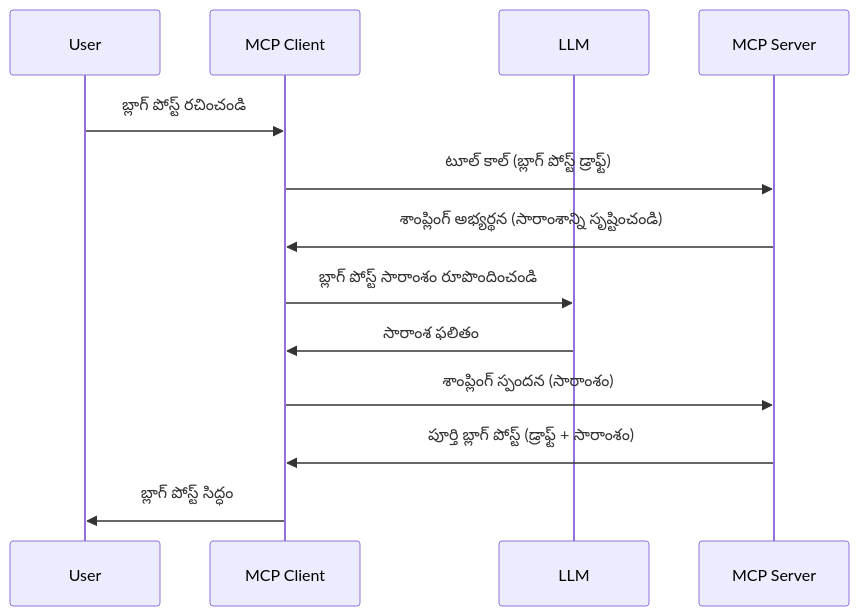
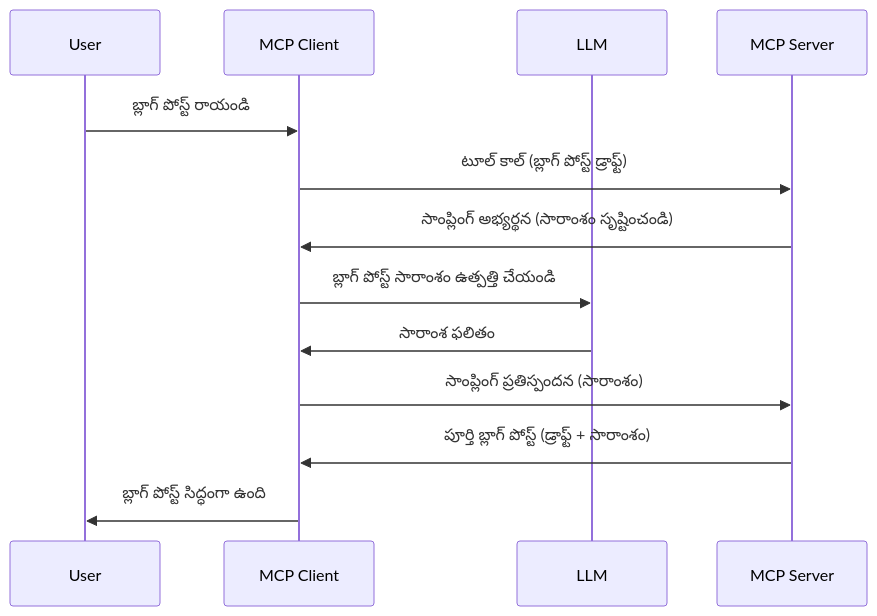
One commit to HIDORAKAI002/ai-workspace-archive changed the diagram in mcp_ecosystem__model_context_protocol/mcp_learning_resources/mcp-for-beginners/translations/te/03-GettingStarted/14-sampling/README.md. Above: the diagram before and after it, drawn with Mermaid. The commit also changed other lines of this file and 1539 other files, not shown here.

````diff
--- a/mcp_ecosystem__model_context_protocol/mcp_learning_resources/mcp-for-beginners/translations/te/03-GettingStarted/14-sampling/README.md
+++ b/mcp_ecosystem__model_context_protocol/mcp_learning_resources/mcp-for-beginners/translations/te/03-GettingStarted/14-sampling/README.md
@@ -23,16 +23,16 @@
 ```mermaid
 sequenceDiagram
     participant User
     participant MCP Client
     participant LLM
     participant MCP Server
 
-    User->>MCP Client: బ్లాగ్ పోస్ట్ రచించండి
+    User->>MCP Client: బ్లాగ్ పోస్ట్ రాయండి
     MCP Client->>MCP Server: టూల్ కాల్ (బ్లాగ్ పోస్ట్ డ్రాఫ్ట్)
-    MCP Server->>MCP Client: శాంప్లింగ్ అభ్యర్థన (సారాంశాన్ని సృష్టించండి)
-    MCP Client->>LLM: బ్లాగ్ పోస్ట్ సారాంశం రూపొందించండి
+    MCP Server->>MCP Client: సాంప్లింగ్ అభ్యర్థన (సారాంశం సృష్టించండి)
+    MCP Client->>LLM: బ్లాగ్ పోస్ట్ సారాంశం ఉత్పత్తి చేయండి
     LLM->>MCP Client: సారాంశ ఫలితం
-    MCP Client->>MCP Server: శాంప్లింగ్ స్పందన (సారాంశం)
+    MCP Client->>MCP Server: సాంప్లింగ్ ప్రతిస్పందన (సారాంశం)
     MCP Server->>MCP Client: పూర్తి బ్లాగ్ పోస్ట్ (డ్రాఫ్ట్ + సారాంశం)
-    MCP Client->>User: బ్లాగ్ పోస్ట్ సిద్ధం
+    MCP Client->>User: బ్లాగ్ పోస్ట్ సిద్ధంగా ఉంది
 ```
````
